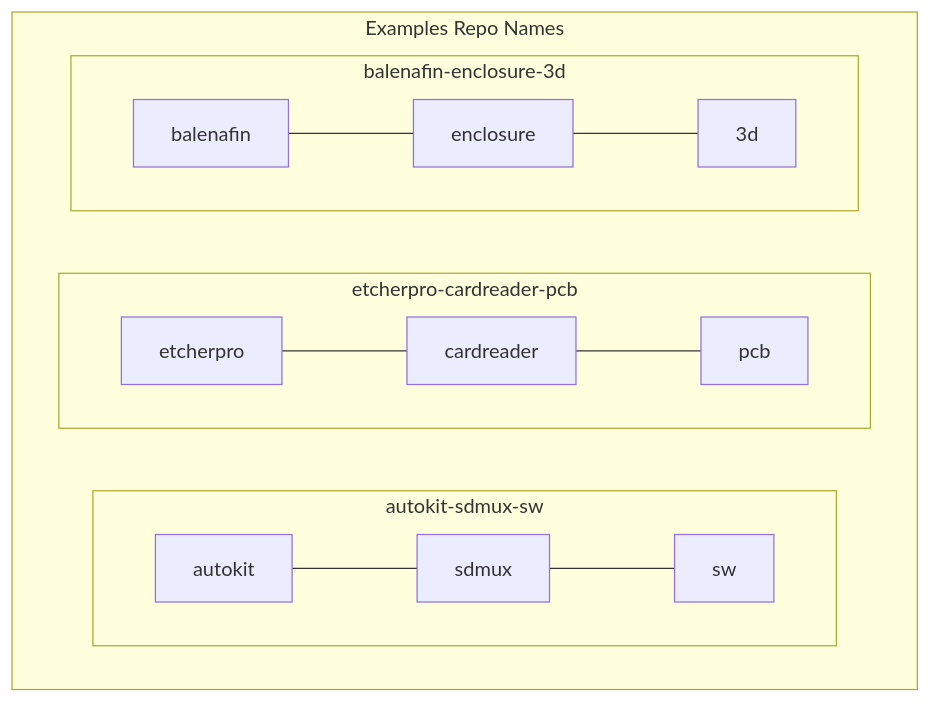
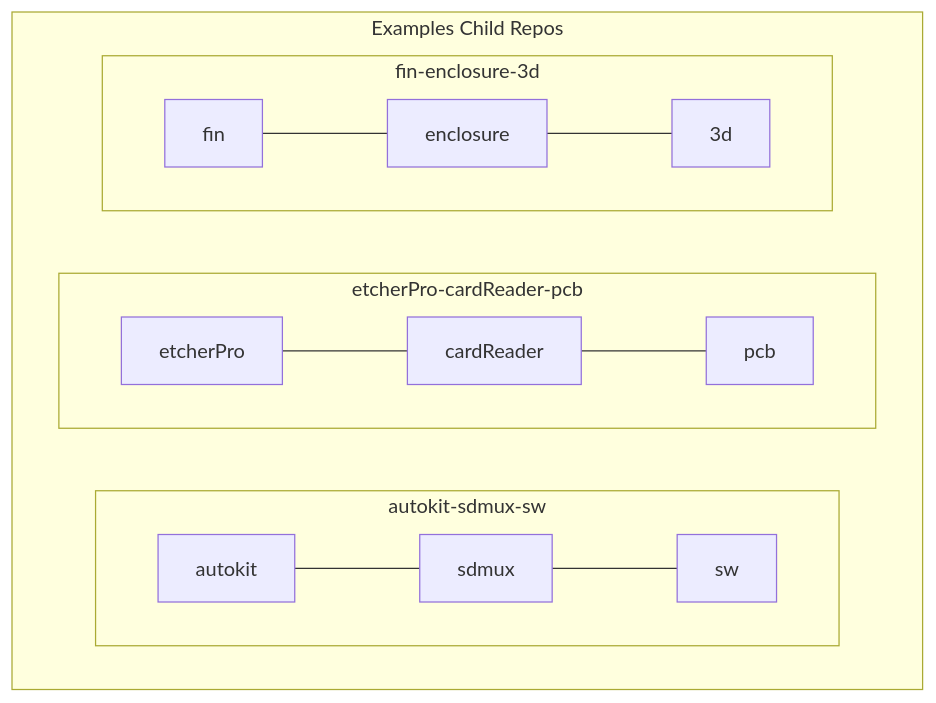
One commit to balena-io-hardware/meta-hardwareProcess-doc changed the second of 2 diagrams in docs/02-product-naming-strategy.md. Above: the diagram before and after it, drawn with Mermaid. The commit also changed other lines of this file, not shown here.

First line of the commit message:
Adjusted naming schema for camelCase

````diff
--- a/docs/02-product-naming-strategy.md
+++ b/docs/02-product-naming-strategy.md
@@ -32,19 +43,19 @@
 ```mermaid
 flowchart LR
 
-    subgraph Examples Repo Names
+    subgraph Examples Child Repos
         direction LR
         subgraph autokit-sdmux-sw
         direction LR
             a[autokit] --- b[sdmux] --- c[sw]
         end
-        subgraph etcherpro-cardreader-pcb
+        subgraph etcherPro-cardReader-pcb
         direction LR
-            d[etcherpro] --- e[cardreader] --- f[pcb]
+            d[etcherPro] --- e[cardReader] --- f[pcb]
         end
-        subgraph balenafin-enclosure-3d
+        subgraph fin-enclosure-3d
         direction LR
-            g[balenafin] --- h[enclosure] --- i[3d]
+            g[fin] --- h[enclosure] --- i[3d]
         end
     end
 ```
````
